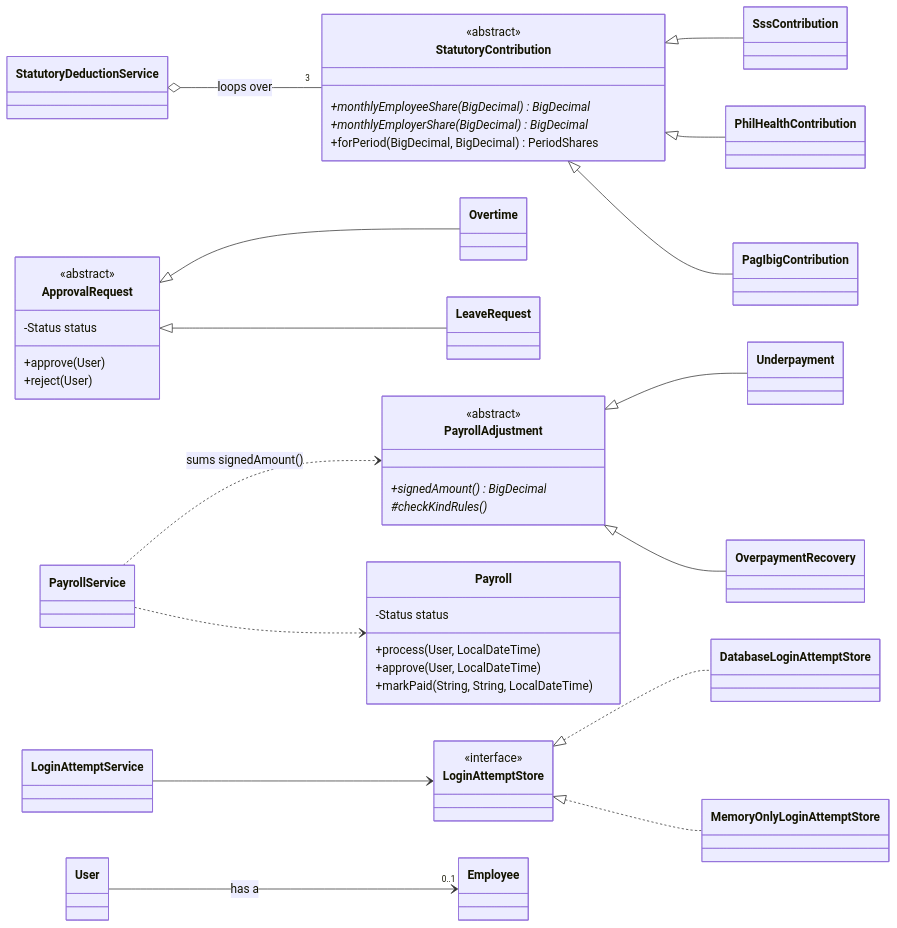
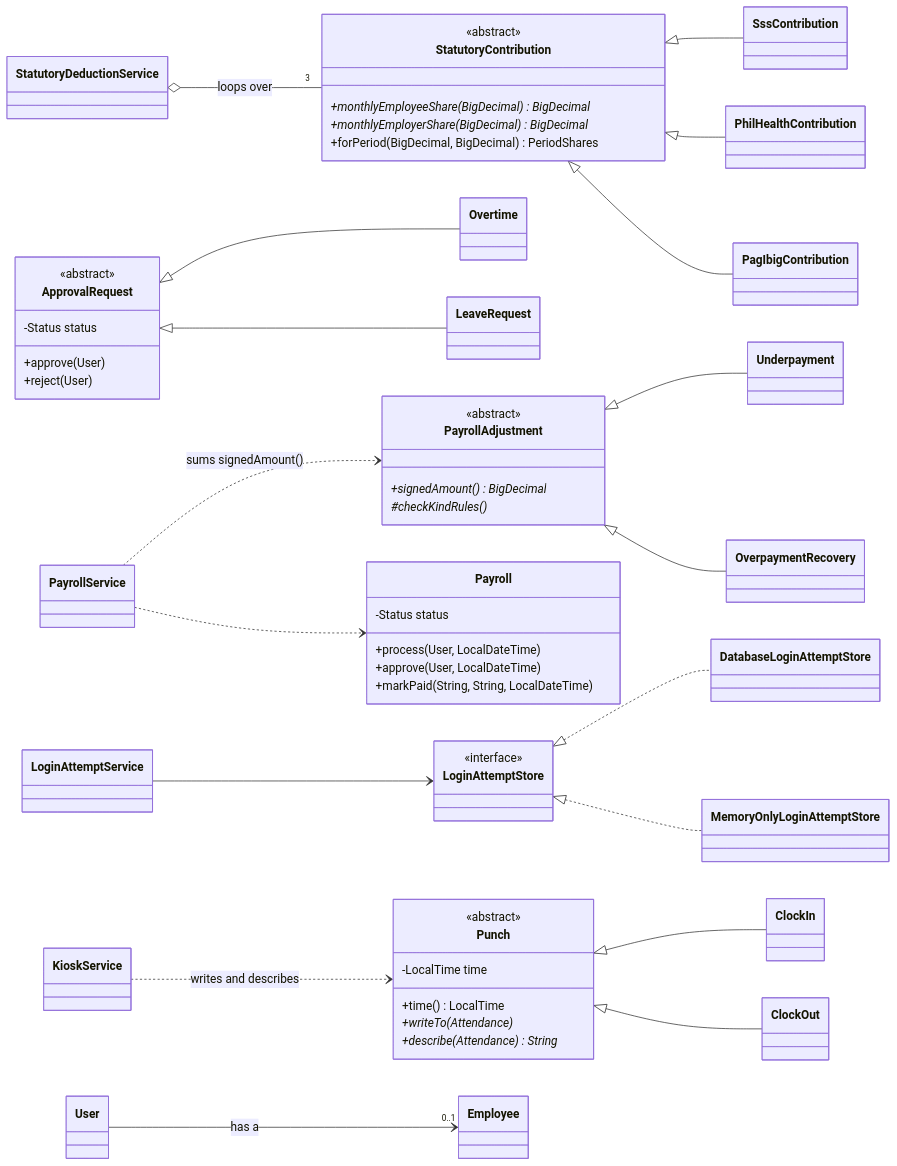
Before and after one commit to ArtXenos/Employger: the diagram in docs/OOP_CONCEPTS.md, drawn with Mermaid. The commit also changed other lines of this file and 45 other files, not shown here.

First line of the commit message:
Attendance kiosk with QR badges (V17, not yet applied)

````diff
--- a/docs/OOP_CONCEPTS.md
+++ b/docs/OOP_CONCEPTS.md
@@ -240,50 +289,61 @@
 ```mermaid
 classDiagram
     direction LR
 
     class StatutoryContribution {
         <<abstract>>
         +monthlyEmployeeShare(BigDecimal)* BigDecimal
         +monthlyEmployerShare(BigDecimal)* BigDecimal
         +forPeriod(BigDecimal, BigDecimal) PeriodShares
     }
     StatutoryContribution <|-- SssContribution
     StatutoryContribution <|-- PhilHealthContribution
     StatutoryContribution <|-- PagIbigContribution
     StatutoryDeductionService o-- "3" StatutoryContribution : loops over
 
     class ApprovalRequest {
         <<abstract>>
         -Status status
         +approve(User)
         +reject(User)
     }
     ApprovalRequest <|-- Overtime
     ApprovalRequest <|-- LeaveRequest
 
     class PayrollAdjustment {
         <<abstract>>
         +signedAmount()* BigDecimal
         #checkKindRules()*
     }
     PayrollAdjustment <|-- Underpayment
     PayrollAdjustment <|-- OverpaymentRecovery
     PayrollService ..> PayrollAdjustment : sums signedAmount()
 
     class Payroll {
         -Status status
         +process(User, LocalDateTime)
         +approve(User, LocalDateTime)
         +markPaid(String, String, LocalDateTime)
     }
     PayrollService ..> Payroll
 
     class LoginAttemptStore {
         <<interface>>
     }
     LoginAttemptStore <|.. DatabaseLoginAttemptStore
     LoginAttemptStore <|.. MemoryOnlyLoginAttemptStore
     LoginAttemptService --> LoginAttemptStore
 
+    class Punch {
+        <<abstract>>
+        -LocalTime time
+        +time() LocalTime
+        +writeTo(Attendance)*
+        +describe(Attendance)* String
+    }
+    Punch <|-- ClockIn
+    Punch <|-- ClockOut
+    KioskService ..> Punch : writes and describes
+
     User --> "0..1" Employee : has a
 ```
````
